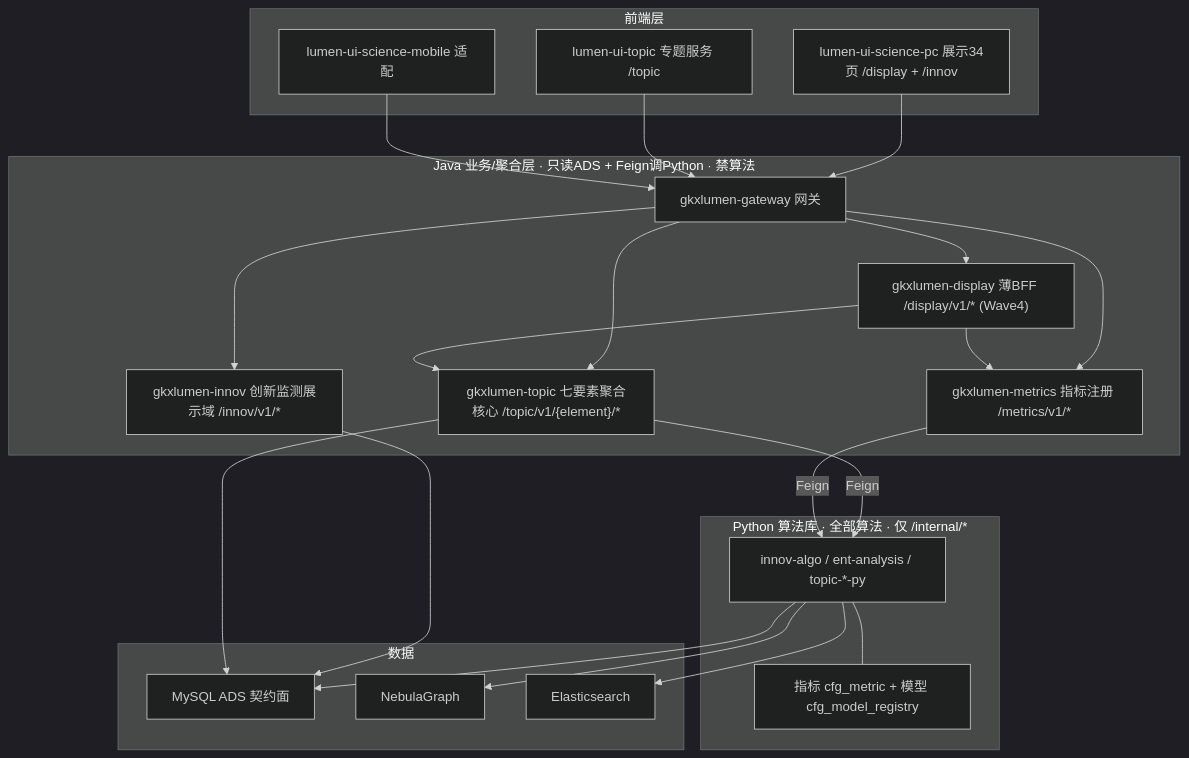
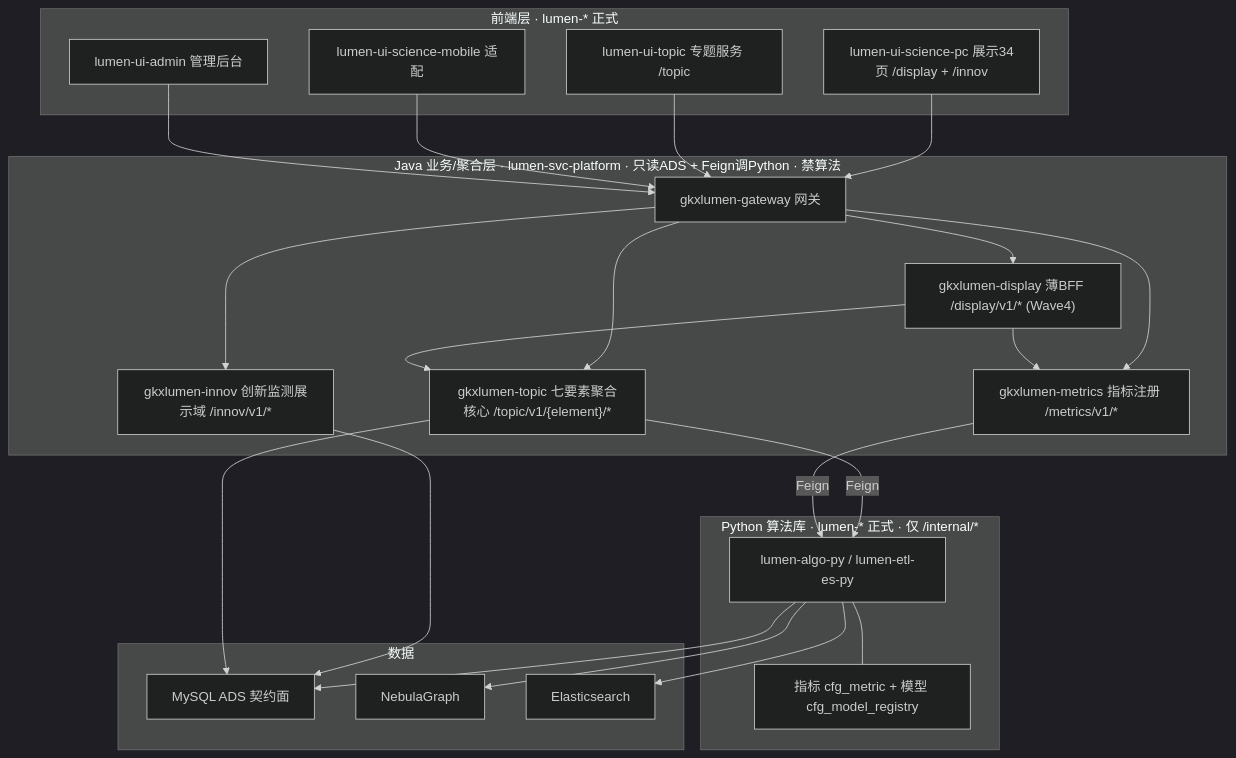
Before and after one commit to Marisolebxf/-: the diagram in agent-delivery/architecture-baseline.md, drawn with Mermaid (dark theme). The commit also changed other lines of this file and 15 other files, not shown here.

First line of the commit message:
docs(D12): record lumen-topic-py cutover and close TOPIC-PY debt [agent:architect-agent]

````diff
--- a/agent-delivery/architecture-baseline.md
+++ b/agent-delivery/architecture-baseline.md
@@ -14,41 +14,43 @@
 ```mermaid
 flowchart TB
-  subgraph fe [前端层]
+  subgraph fe [前端层 · lumen-* 正式]
     PC["lumen-ui-science-pc 展示34页 /display + /innov"]
     TOPIC["lumen-ui-topic 专题服务 /topic"]
     MOB["lumen-ui-science-mobile 适配"]
+    ADMIN["lumen-ui-admin 管理后台"]
   end
-  subgraph java [Java 业务/聚合层 · 只读ADS + Feign调Python · 禁算法]
+  subgraph java [Java 业务/聚合层 · lumen-svc-platform · 只读ADS + Feign调Python · 禁算法]
     GW["gkxlumen-gateway 网关"]
     TOPICAPI["gkxlumen-topic 七要素聚合核心 /topic/v1/{element}/*"]
     METRICS["gkxlumen-metrics 指标注册 /metrics/v1/*"]
     INNOV["gkxlumen-innov 创新监测展示域 /innov/v1/*"]
     BFF["gkxlumen-display 薄BFF /display/v1/* (Wave4)"]
   end
-  subgraph py [Python 算法库 · 全部算法 · 仅 /internal/*]
-    PYALGO["innov-algo / ent-analysis / topic-*-py"]
+  subgraph py [Python 算法库 · lumen-* 正式 · 仅 /internal/*]
+    PYALGO["lumen-algo-py / lumen-etl-es-py"]
     REG["指标 cfg_metric + 模型 cfg_model_registry"]
   end
   subgraph data [数据]
     ADS["MySQL ADS 契约面"]
     NEB["NebulaGraph"]
     ES["Elasticsearch"]
   end
   PC --> GW
   TOPIC --> GW
   MOB --> GW
+  ADMIN --> GW
   GW --> TOPICAPI
   GW --> METRICS
   GW --> INNOV
   GW --> BFF
   BFF --> TOPICAPI
   BFF --> METRICS
   TOPICAPI -->|Feign| PYALGO
   METRICS -->|Feign| PYALGO
   INNOV --> ADS
   TOPICAPI --> ADS
   PYALGO --> ADS
   PYALGO --> NEB
   PYALGO --> ES
   PYALGO --- REG
 ```
````
